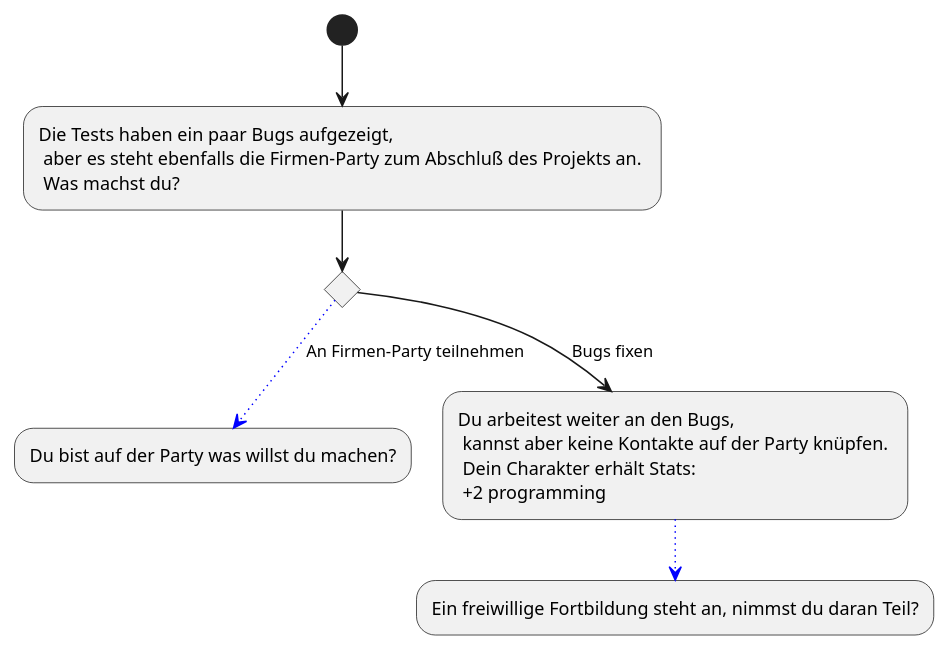
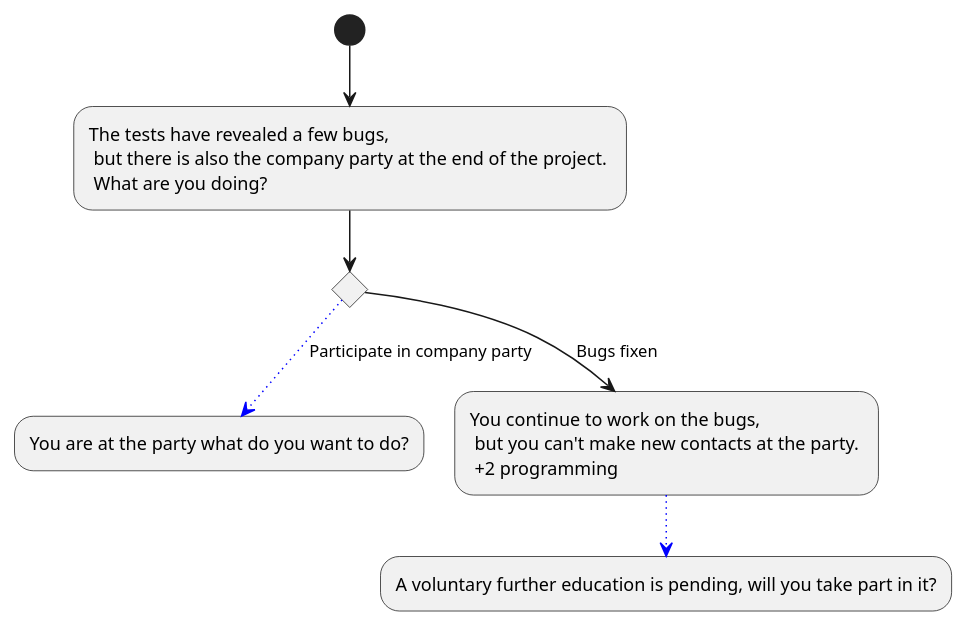
Before and after one commit to Brotenko/QualityQuest: the diagram in Docs/Technical Specifications/docs/diagrams/StoryFlow/StoryFlow_Decision_7.puml, drawn with PlantUML. The commit also changed 14 other files, not shown here.

```diff
--- a/Docs/Technical Specifications/docs/diagrams/StoryFlow/StoryFlow_Decision_7.puml
+++ b/Docs/Technical Specifications/docs/diagrams/StoryFlow/StoryFlow_Decision_7.puml
@@ -1,9 +1,9 @@
 @startuml
-(*) --> "Die Tests haben ein paar Bugs aufgezeigt, \n aber es steht ebenfalls die Firmen-Party zum Abschluß des Projekts an. \n Was machst du?"
+(*) --> "The tests have revealed a few bugs, \n but there is also the company party at the end of the project. \n What are you doing?"
 if "" then 
--[#blue,dotted]-> [An Firmen-Party teilnehmen] "Du bist auf der Party was willst du machen?"
+-[#blue,dotted]-> [Participate in company party] "You are at the party what do you want to do?"
 else 
---> [Bugs fixen] "Du arbeitest weiter an den Bugs, \n kannst aber keine Kontakte auf der Party knüpfen. \n Dein Charakter erhält Stats: \n +2 programming"
--[#blue,dotted]-> "Ein freiwillige Fortbildung steht an, nimmst du daran Teil?"
+--> [Bugs fixen] "You continue to work on the bugs, \n but you can't make new contacts at the party. \n +2 programming"
+-[#blue,dotted]-> "A voluntary further education is pending, will you take part in it?"
 
 @enduml
```
